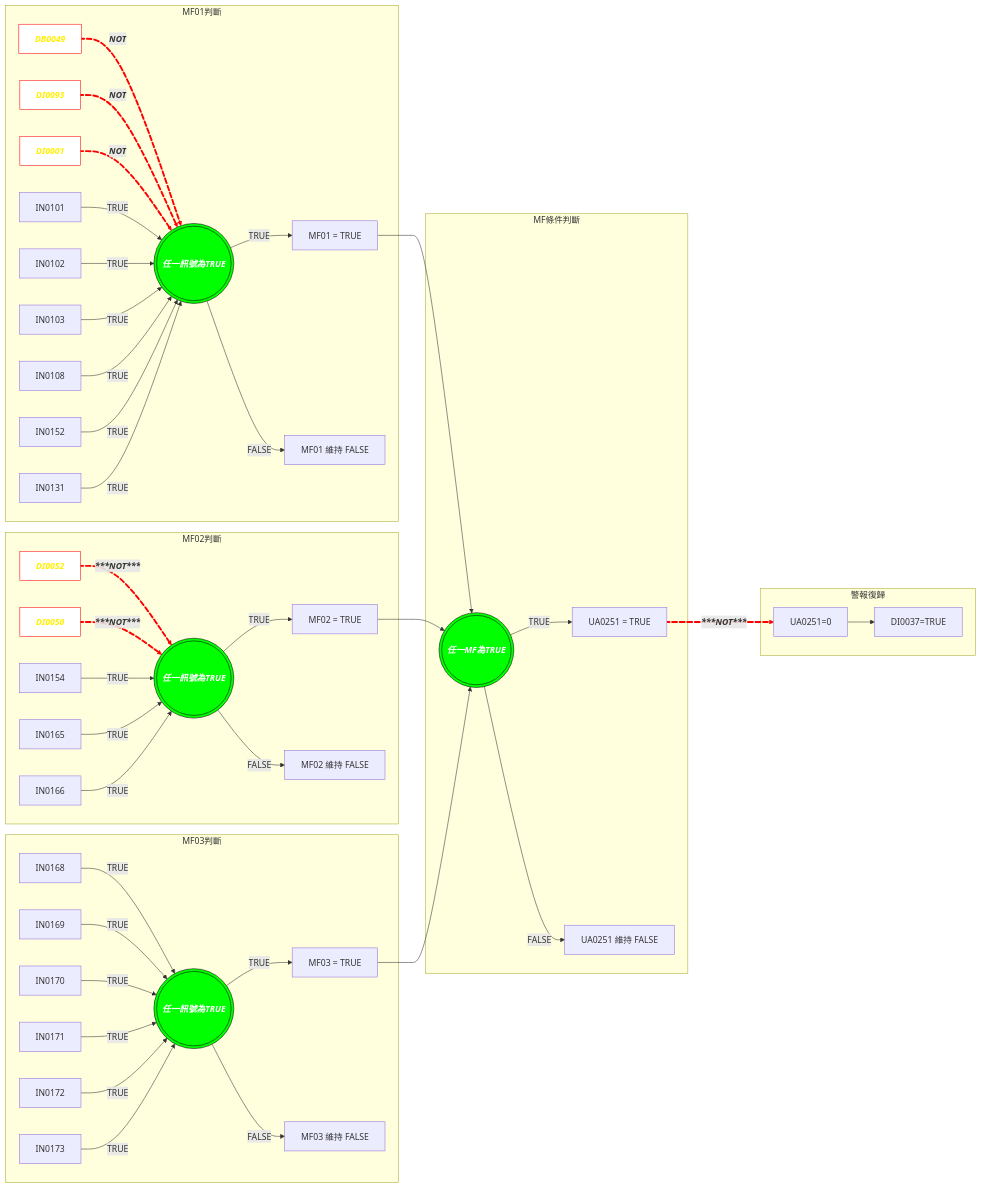
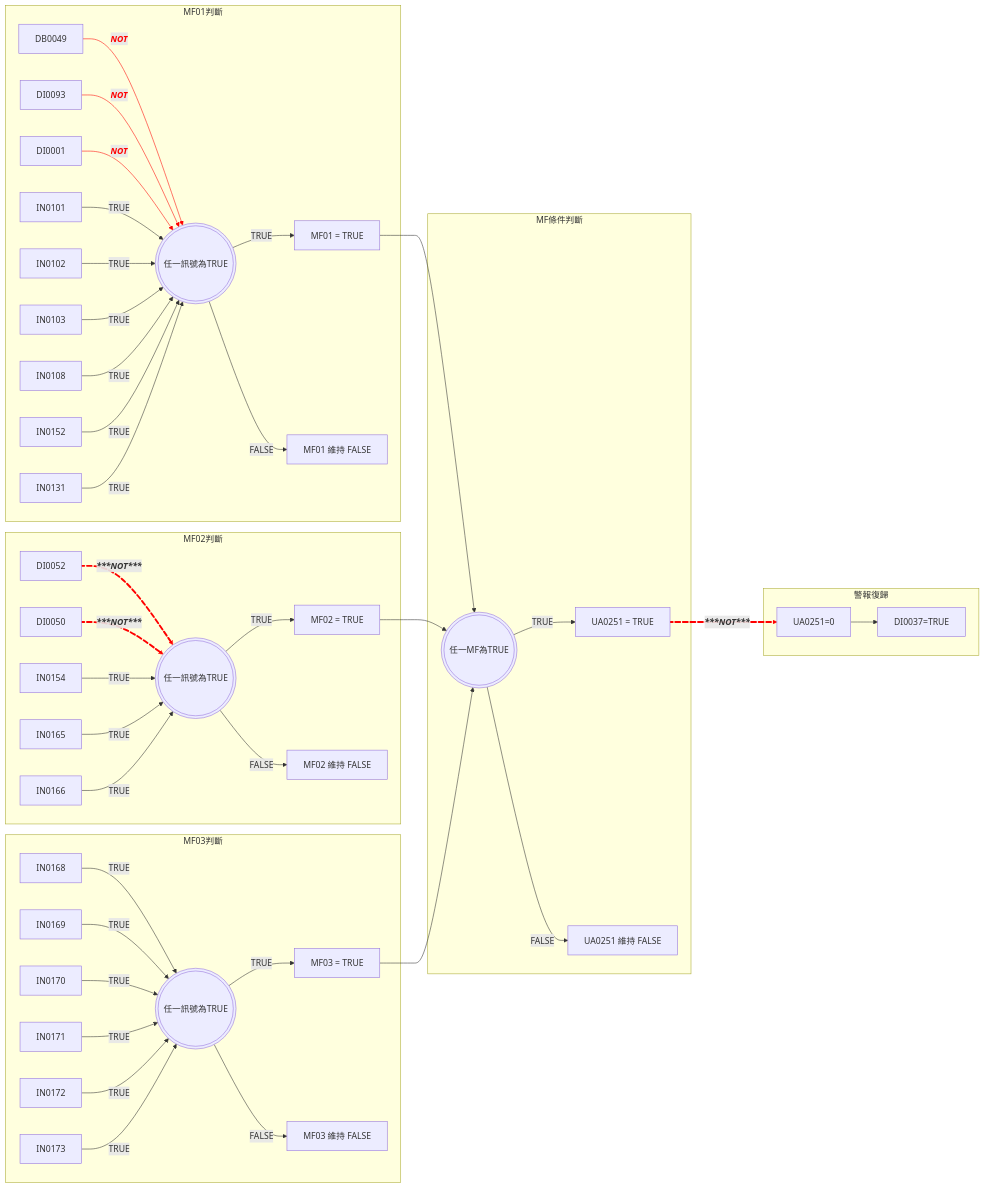
One commit to HachiTsai/DCS-learning changed the first of 4 diagrams in docs/DCS/Hitachi/Control-logic-mermaid.md. Above: the diagram before and after it, drawn with Mermaid. The commit also changed 3 other files, not shown here.

````diff
--- a/docs/DCS/Hitachi/Control-logic-mermaid.md
+++ b/docs/DCS/Hitachi/Control-logic-mermaid.md
@@ -5,73 +5,68 @@
 ```mermaid
 flowchart LR
-classDef redBold fill:#fff,stroke:red, font-weight:bold,font-style:italic, color: #fff000
-classDef GreenBold fill:#0f0,stroke:black,font-weight:bold,font-style:italic, color:#fff
     subgraph MF01判斷
-        A1[DB0049]  z1@==>|NOT| C1(((任一訊號為TRUE)))
-        B1[DI0093] z2@==>|NOT| C1
-        D1[DI0001] z3@==>|NOT| C1 
-        linkStyle 0,1,2 stroke:red,font-style:italic, font-weight:bold, label-color:red
+        A1[DB0049] -->|<font color='red'>NOT</font>| C1(((任一訊號為TRUE)))
+        B1[DI0093] -->|NOT| C1
+        D1[DI0001] -->|NOT| C1 
 
         G1[IN0101] -->|TRUE| C1
         H1[IN0102] -->|TRUE| C1
         I1[IN0103] -->|TRUE| C1
         L1[IN0108] -->|TRUE| C1
         J1[IN0152] -->|TRUE| C1
         K1[IN0131] -->|TRUE| C1
         C1 -->|TRUE| E1[MF01 = TRUE]
         C1 -->|FALSE| F1[MF01 維持 FALSE]
         
-        z1@{ animate: true}
-        z2@{ animate: true}
-        z3@{ animate: true}
-
          class A1,B1,D1 redBold
          class C1 GreenBold
+
+            linkStyle 0,1,2 stroke:red,font-style:italic, font-weight:bold, color:red
     end
 
     subgraph MF02判斷
         A2[DI0052] z11@==>|***NOT***| C2     
         B2[DI0050] z12@==>|***NOT***| C2
         linkStyle 11,12 stroke:red,font-style:italic, font-weight:bold
         
         G2[IN0154] -->|TRUE| C2
         H2[IN0165] -->|TRUE| C2
         I2[IN0166] -->|TRUE| C2
         C2(((任一訊號為TRUE))) -->|TRUE| E2[MF02 = TRUE]
         C2 -->|FALSE| F2[MF02 維持 FALSE]
         z11@{ animate: true}
         z12@{ animate: true}
         class C2 GreenBold
 
         class A2,B2 redBold
     end
 
     subgraph MF03判斷
         A3[IN0168] -->|TRUE| C3
         B3[IN0169] -->|TRUE| C3
         D3[IN0170] -->|TRUE| C3
         G3[IN0171] -->|TRUE| C3
         H3[IN0172] -->|TRUE| C3
         I3[IN0173] -->|TRUE| C3
         C3(((任一訊號為TRUE))) -->|TRUE| E3[MF03 = TRUE]
         C3 -->|FALSE| F3[MF03 維持 FALSE]
         class C3 GreenBold
     end
 
     subgraph MF條件判斷
         E1 --> C4(((任一MF為TRUE)))
         E2 --> C4
         E3 --> C4
         C4 -->|TRUE| K4[UA0251 = TRUE]
         C4 -->|FALSE| K5[UA0251 維持 FALSE]
         class C4 GreenBold
     end
 
     subgraph 警報復歸
         K4 z31@==>|***NOT***| B4[UA0251=0]
         B4 --> B10[DI0037=TRUE]
         z31@{ animate: true}
         
         linkStyle 31 stroke:red,font-style:italic, font-weight:bold 
     end
 ```
````
